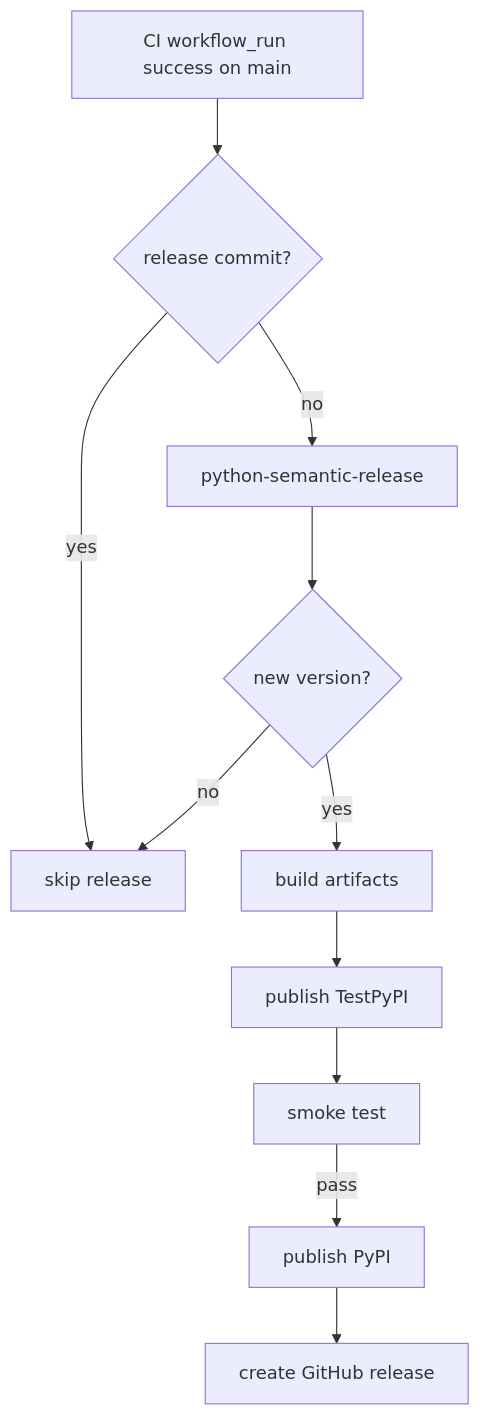
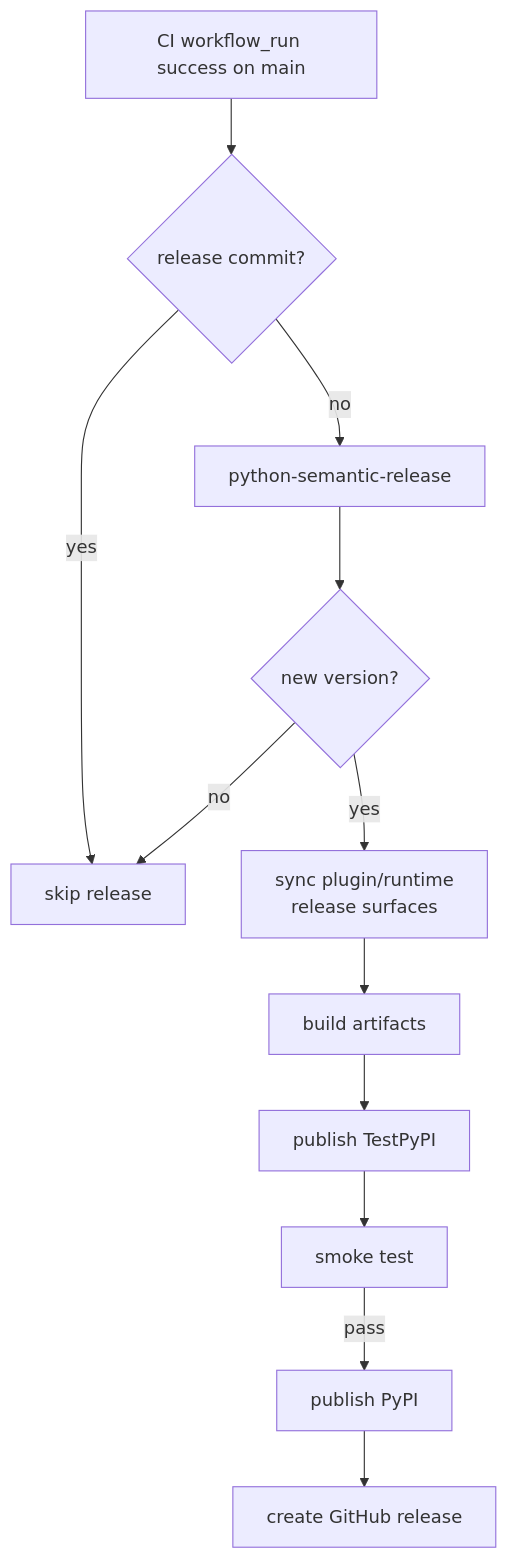
One commit to aryeko/planpilot changed the second of 2 diagrams in docs/reference/workflows-reference.md. Above: the diagram before and after it, drawn with Mermaid. The commit also changed other lines of this file and 24 other files, not shown here.

````diff
--- a/docs/reference/workflows-reference.md
+++ b/docs/reference/workflows-reference.md
@@ -39,13 +40,14 @@
 ```mermaid
 flowchart TD
     A[CI workflow_run success on main] --> B{release commit?}
     B -->|yes| X[skip release]
     B -->|no| C[python-semantic-release]
     C --> D{new version?}
     D -->|no| X
-    D -->|yes| E[build artifacts]
-    E --> F[publish TestPyPI]
-    F --> G[smoke test]
-    G -->|pass| H[publish PyPI]
-    H --> I[create GitHub release]
+    D -->|yes| E[sync plugin/runtime\nrelease surfaces]
+    E --> F[build artifacts]
+    F --> G[publish TestPyPI]
+    G --> H[smoke test]
+    H -->|pass| I[publish PyPI]
+    I --> J[create GitHub release]
 ```
````
